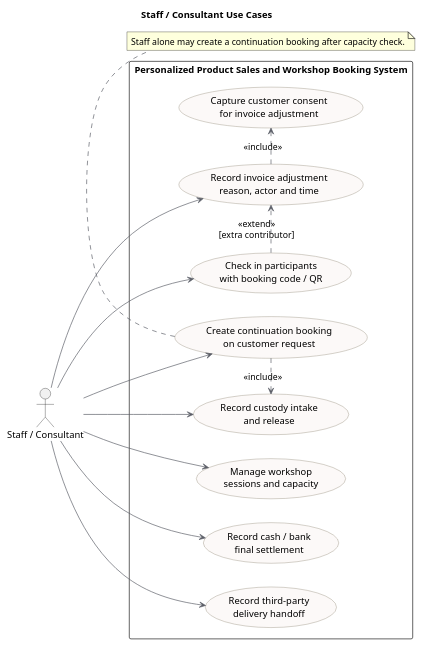
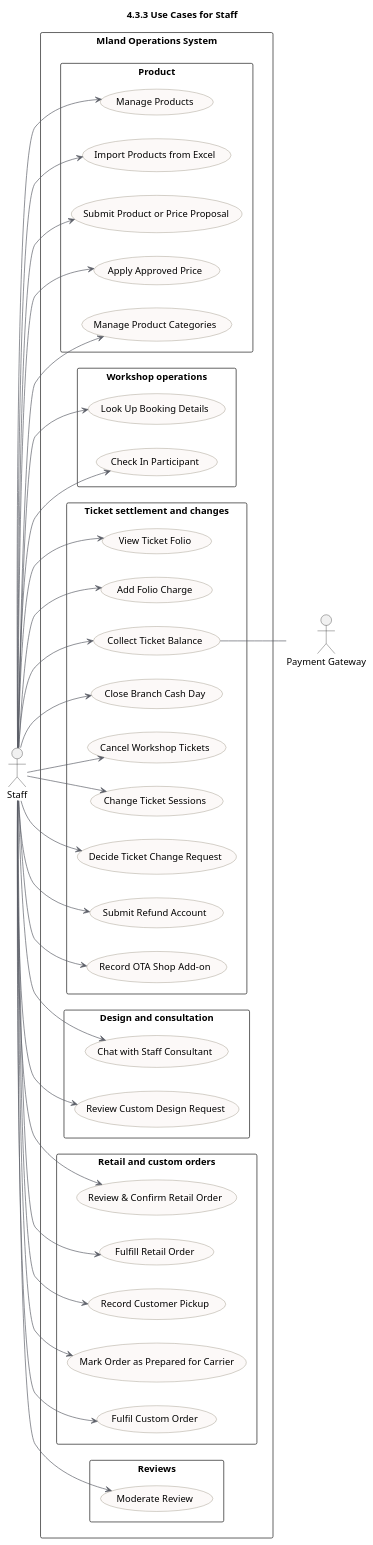
Before and after one commit to quoc-ca/mland-operations-hub: the diagram in documents/docs/report-3-software-requirement-specification/assets/diagrams/use-cases/04-staff-only.puml, drawn with PlantUML. The commit also changed other lines of this file and 5 other files, not shown here.

```diff
--- a/documents/docs/report-3-software-requirement-specification/assets/diagrams/use-cases/04-staff-only.puml
+++ b/documents/docs/report-3-software-requirement-specification/assets/diagrams/use-cases/04-staff-only.puml
@@ -1,39 +1,81 @@
 @startuml
 !pragma charset UTF-8
-title Staff / Consultant Use Cases
+title 4.3.3 Use Cases for Staff
 left to right direction
 skinparam shadowing false
+skinparam packageStyle rectangle
 skinparam usecase {
   BackgroundColor #FCF9F8
   BorderColor #807663
   ArrowColor #5B5E67
 }
 
-actor "Staff / Consultant" as Staff
+actor Staff
+actor "Payment Gateway" as PaymentGateway
 
-rectangle "Personalized Product Sales and Workshop Booking System" {
-  usecase "Manage workshop\nsessions and capacity" as Capacity
-  usecase "Check in participants\nwith booking code / QR" as Checkin
-  usecase "Record invoice adjustment\nreason, actor and time" as Adjustment
-  usecase "Capture customer consent\nfor invoice adjustment" as Consent
-  usecase "Record cash / bank\nfinal settlement" as Settlement
-  usecase "Create continuation booking\non customer request" as Continuation
-  usecase "Record custody intake\nand release" as Custody
-  usecase "Record third-party\ndelivery handoff" as Handoff
+rectangle "Mland Operations System" {
+  package "Product" {
+    usecase "Manage Products" as UC12
+    usecase "Import Products from Excel" as UC13
+    usecase "Submit Product or Price Proposal" as UC14
+    usecase "Apply Approved Price" as UC16
+    usecase "Manage Product Categories" as UC18
+  }
+  package "Workshop operations" {
+    usecase "Look Up Booking Details" as UC23
+    usecase "Check In Participant" as UC24
+  }
+  package "Ticket settlement and changes" {
+    usecase "View Ticket Folio" as UC77
+    usecase "Add Folio Charge" as UC78
+    usecase "Collect Ticket Balance" as UC79
+    usecase "Close Branch Cash Day" as UC83
+    usecase "Cancel Workshop Tickets" as UC84
+    usecase "Change Ticket Sessions" as UC85
+    usecase "Decide Ticket Change Request" as UC86
+    usecase "Submit Refund Account" as UC89
+    usecase "Record OTA Shop Add-on" as UC95
+  }
+  package "Design and consultation" {
+    usecase "Chat with Staff Consultant" as UC38
+    usecase "Review Custom Design Request" as UC40
+  }
+  package "Retail and custom orders" {
+    usecase "Review & Confirm Retail Order" as UC58
+    usecase "Fulfill Retail Order" as UC59
+    usecase "Record Customer Pickup" as UC60
+    usecase "Mark Order as Prepared for Carrier" as UC61
+    usecase "Fulfil Custom Order" as UC73
+  }
+  package "Reviews" {
+    usecase "Moderate Review" as UC76
+  }
 }
 
-Staff --> Capacity
-Staff --> Checkin
-Staff --> Adjustment
-Staff --> Settlement
-Staff --> Continuation
-Staff --> Custody
-Staff --> Handoff
-Adjustment .> Consent : <<include>>
-Checkin .> Adjustment : <<extend>>\n[extra contributor]
-Continuation .> Custody : <<include>>
+Staff --> UC12
+Staff --> UC13
+Staff --> UC14
+Staff --> UC16
+Staff --> UC18
+Staff --> UC23
+Staff --> UC24
+Staff --> UC77
+Staff --> UC78
+Staff --> UC79
+Staff --> UC83
+Staff --> UC84
+Staff --> UC85
+Staff --> UC86
+Staff --> UC89
+Staff --> UC95
+Staff --> UC38
+Staff --> UC40
+Staff --> UC58
+Staff --> UC59
+Staff --> UC60
+Staff --> UC61
+Staff --> UC73
+Staff --> UC76
 
-note bottom of Continuation
-Staff alone may create a continuation booking after capacity check.
-end note
+UC79 -- PaymentGateway
 @enduml
```
